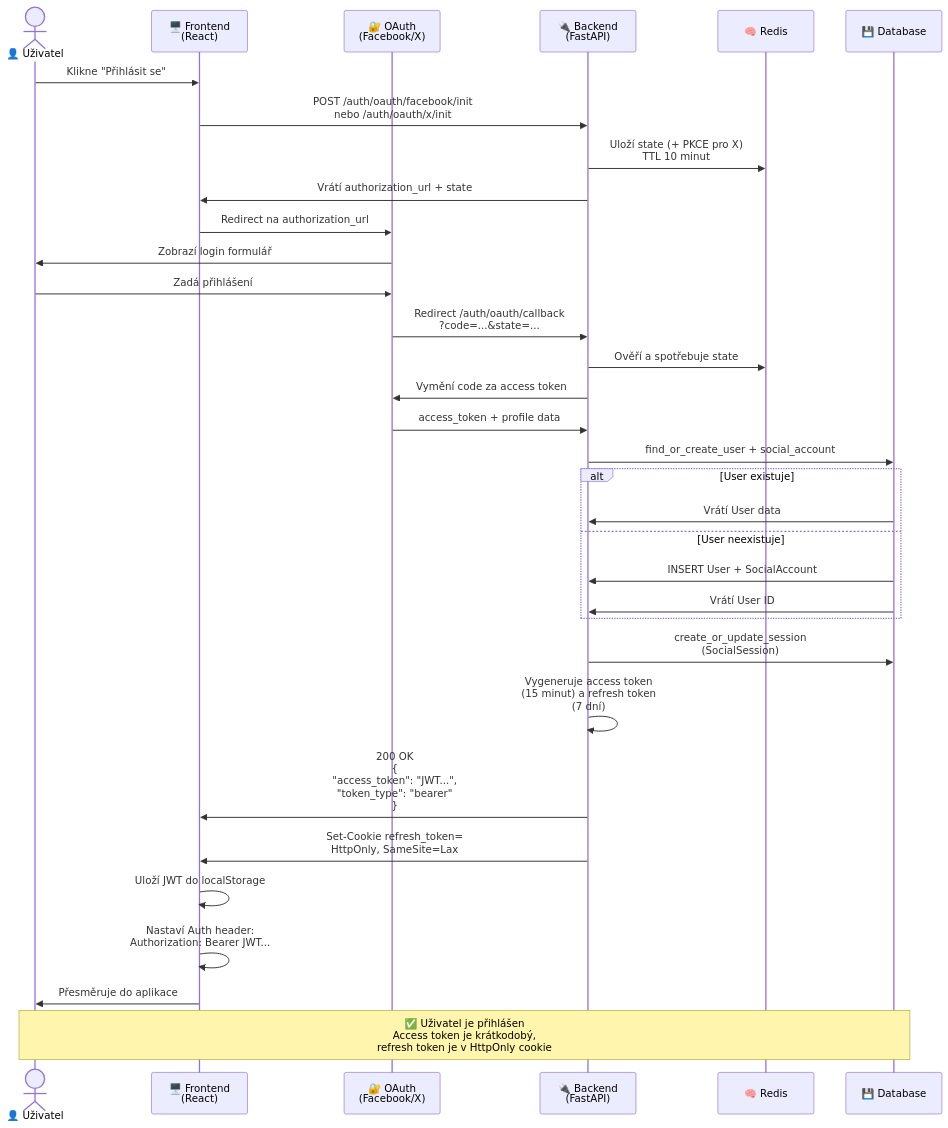
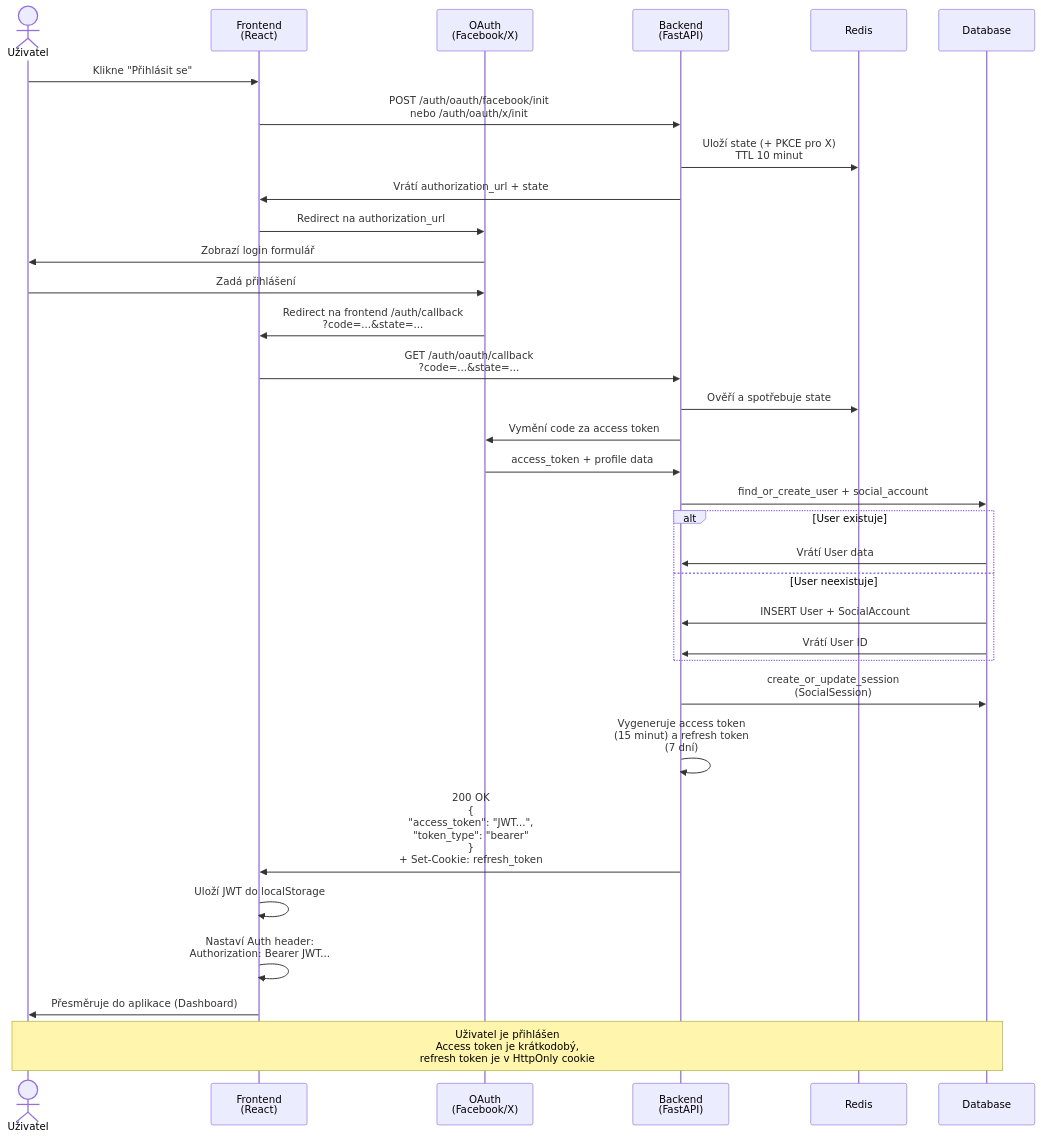
One commit to matthewjezek/Sitzy changed the diagram in diagrams/03_sequence_oauth.md. Above: the diagram before and after it, drawn with Mermaid. The commit also changed other lines of this file and 9 other files, not shown here.

````diff
--- a/diagrams/03_sequence_oauth.md
+++ b/diagrams/03_sequence_oauth.md
@@ -3,39 +3,39 @@
 ```mermaid
 sequenceDiagram
-    actor User as 👤 Uživatel
-    participant Frontend as 🖥️ Frontend<br/>(React)
-    participant AuthProvider as 🔐 OAuth<br/>(Facebook/X)
-    participant Backend as 🔌 Backend<br/>(FastAPI)
-    participant Redis as 🧠 Redis
-    participant Database as 💾 Database
+    actor User as Uživatel
+    participant Frontend as Frontend<br/>(React)
+    participant AuthProvider as OAuth<br/>(Facebook/X)
+    participant Backend as Backend<br/>(FastAPI)
+    participant Redis as Redis
+    participant Database as Database
 
     User->>Frontend: Klikne "Přihlásit se"
     Frontend->>Backend: POST /auth/oauth/facebook/init<br/>nebo /auth/oauth/x/init
     Backend->>Redis: Uloží state (+ PKCE pro X)<br/>TTL 10 minut
     Backend->>Frontend: Vrátí authorization_url + state
     Frontend->>AuthProvider: Redirect na authorization_url
     AuthProvider->>User: Zobrazí login formulář
     User->>AuthProvider: Zadá přihlášení
-    AuthProvider->>Backend: Redirect /auth/oauth/callback<br/>?code=...&state=...
+    AuthProvider->>Frontend: Redirect na frontend /auth/callback<br/>?code=...&state=...
+    Frontend->>Backend: GET /auth/oauth/callback<br/>?code=...&state=...
     Backend->>Redis: Ověří a spotřebuje state
     Backend->>AuthProvider: Vymění code za access token
     AuthProvider->>Backend: access_token + profile data
     Backend->>Database: find_or_create_user + social_account
     
     alt User existuje
         Database->>Backend: Vrátí User data
     else User neexistuje
         Database->>Backend: INSERT User + SocialAccount
         Database->>Backend: Vrátí User ID
     end
     
     Backend->>Database: create_or_update_session<br/>(SocialSession)
     Backend->>Backend: Vygeneruje access token<br/>(15 minut) a refresh token<br/>(7 dní)
-    Backend->>Frontend: 200 OK<br/>{<br/>  "access_token": "JWT...",<br/>  "token_type": "bearer"<br/>}
-    Backend->>Frontend: Set-Cookie refresh_token=<br/>HttpOnly, SameSite=Lax
+    Backend->>Frontend: 200 OK<br/>{<br/>  "access_token": "JWT...",<br/>  "token_type": "bearer"<br/>}<br/>+ Set-Cookie: refresh_token
     Frontend->>Frontend: Uloží JWT do localStorage
     Frontend->>Frontend: Nastaví Auth header:<br/>Authorization: Bearer JWT...
-    Frontend->>User: Přesměruje do aplikace
+    Frontend->>User: Přesměruje do aplikace (Dashboard)
     
-    Note over User,Database: ✅ Uživatel je přihlášen<br/>Access token je krátkodobý,<br/>refresh token je v HttpOnly cookie
+    Note over User,Database: Uživatel je přihlášen<br/>Access token je krátkodobý,<br/>refresh token je v HttpOnly cookie
 ```
````
